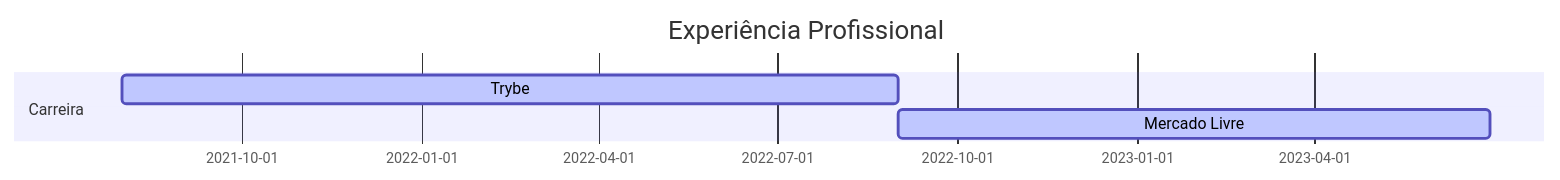
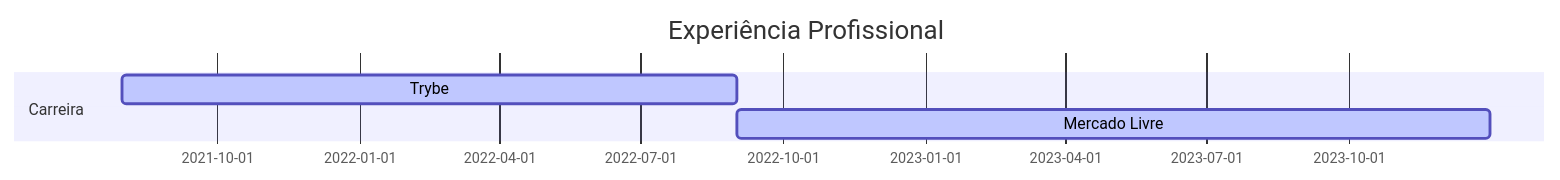
Before and after one commit to andersonmalves/andersonmalves: the diagram in README.md, drawn with Mermaid. The commit also changed other lines of this file, not shown here.

````diff
--- a/README.md
+++ b/README.md
@@ -22,9 +22,9 @@
 ```mermaid
 gantt
 dateFormat  YYYY-MM-DD
 title Experiência Profissional
 
 section Carreira
 Trybe                 :active,, 2021-08-01,2022-09-01
-Mercado Livre         :active,, 2022-09-01,2023-06-30
+Mercado Livre         :active,, 2022-09-01,2023-12-31
 ```
````
